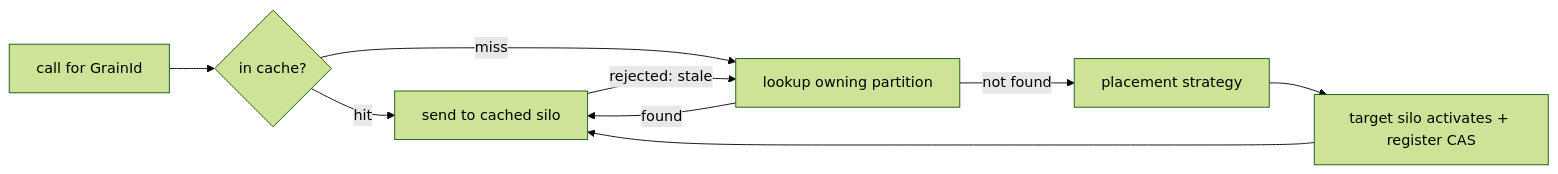
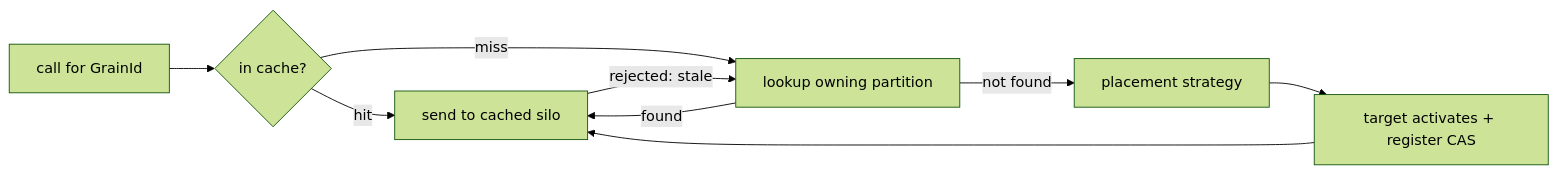
The diagram in docs/06-grain-directory-and-placement.md (dave-hillier-co/thresh), drawn with Mermaid (forest theme) before and after one commit. The commit also changed other lines of this file and 1 other file, not shown here.

````diff
--- a/docs/06-grain-directory-and-placement.md
+++ b/docs/06-grain-directory-and-placement.md
@@ -199,11 +113,11 @@
 ```mermaid
 flowchart LR
     C[call for GrainId] --> CACHE{in cache?}
     CACHE -- hit --> SEND[send to cached silo]
     CACHE -- miss --> LOOK[lookup owning partition]
     LOOK -- found --> SEND
     LOOK -- not found --> PLACE[placement strategy]
-    PLACE --> ACT[target silo activates + register CAS]
+    PLACE --> ACT[target activates + register CAS]
     ACT --> SEND
     SEND -- rejected: stale --> LOOK
 ```
````
